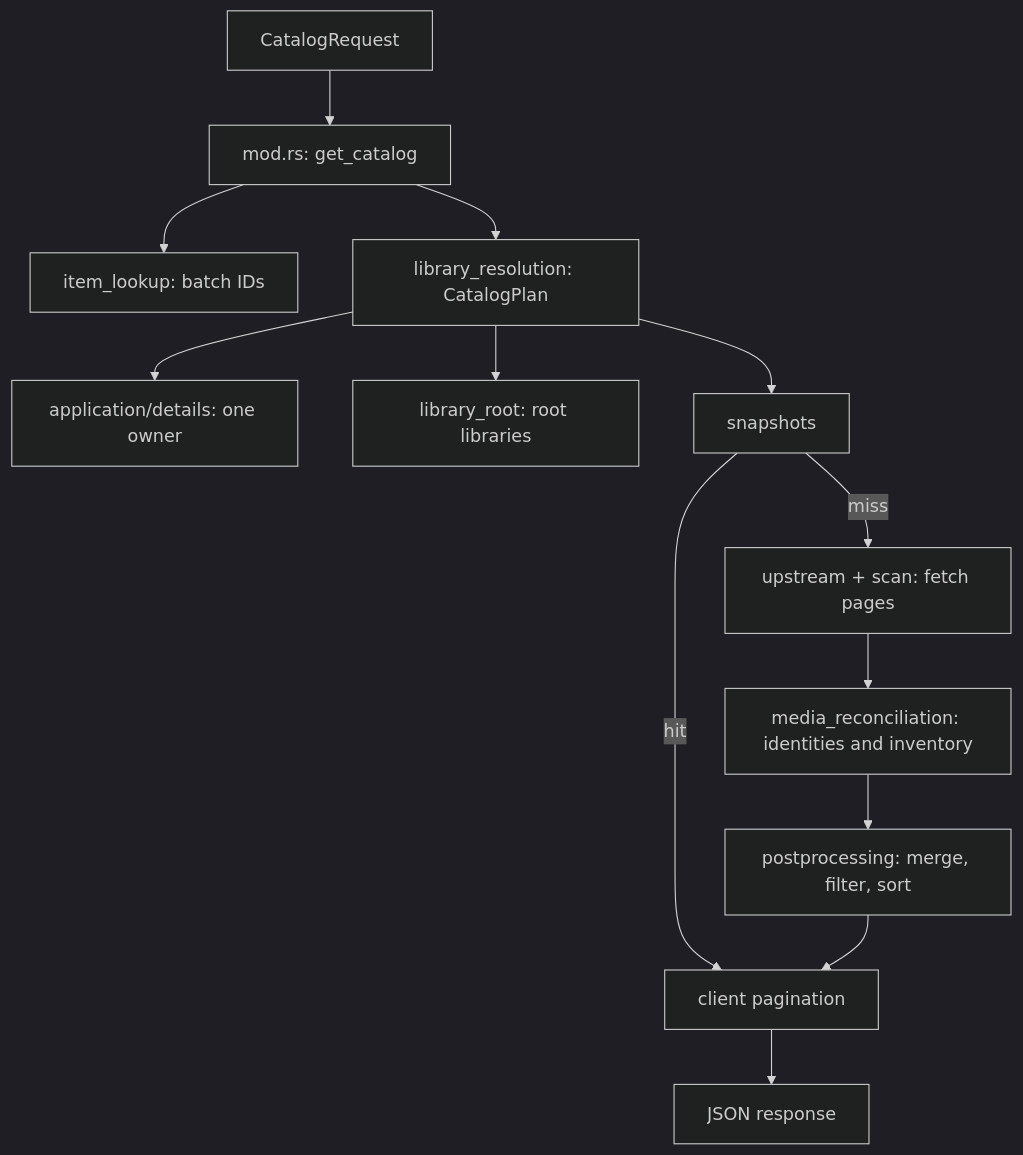
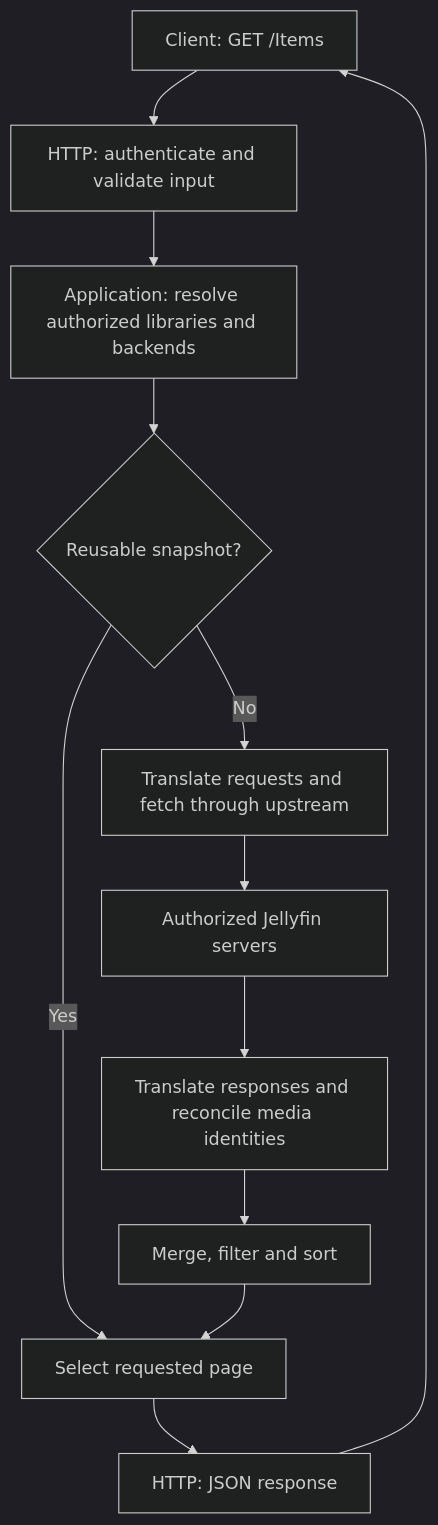
Before and after one commit to LLukas22/Jellyswarrm: the third of 6 diagrams in crates/jellyswarrm-proxy/src/DATA_FLOW.md, drawn with Mermaid (dark theme). The commit also changed other lines of this file and 182 other files, not shown here.

````diff
--- a/crates/jellyswarrm-proxy/src/DATA_FLOW.md
+++ b/crates/jellyswarrm-proxy/src/DATA_FLOW.md
@@ -30,15 +87,14 @@
 ```mermaid
 flowchart TD
-    Input[CatalogRequest] --> Dispatch[mod.rs: get_catalog]
-    Dispatch --> Batch[item_lookup: batch IDs]
-    Dispatch --> Plan[library_resolution: CatalogPlan]
-    Plan --> Detail[application/details: one owner]
-    Plan --> Roots[library_root: root libraries]
-    Plan --> Cache[snapshots]
-    Cache -->|hit| Page[client pagination]
-    Cache -->|miss| Fetch[upstream + scan: fetch pages]
-    Fetch --> Reconcile[media_reconciliation: identities and inventory]
-    Reconcile --> Present[postprocessing: merge, filter, sort]
+    Client[Client: GET /Items] --> HTTP[HTTP: authenticate and validate input]
+    HTTP --> Plan[Application: resolve authorized libraries and backends]
+    Plan --> Snapshot{Reusable snapshot?}
+    Snapshot -->|Yes| Page[Select requested page]
+    Snapshot -->|No| Fetch[Translate requests and fetch through upstream]
+    Fetch --> Backends[Authorized Jellyfin servers]
+    Backends --> Reconcile[Translate responses and reconcile media identities]
+    Reconcile --> Present[Merge, filter and sort]
     Present --> Page
-    Page --> HTTP[JSON response]
+    Page --> Response[HTTP: JSON response]
+    Response --> Client
 ```
````
